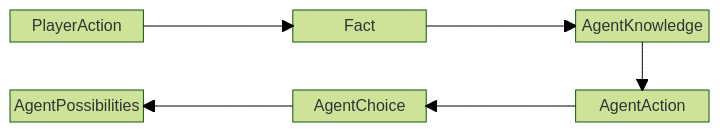
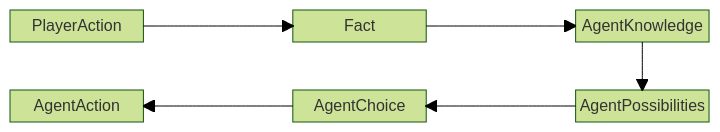
The diagram in docs/deep-lore.md (rchDev/game-of-points), drawn with Mermaid (forest theme) before and after one commit.

Commit message:
[docs]: add a bunch of stuff to deep-lore.md

````diff
--- a/docs/deep-lore.md
+++ b/docs/deep-lore.md
@@ -40,13 +40,13 @@
 ```mermaid
 block-beta
    columns 5
    A["PlayerAction"] space B["Fact"] space C["AgentKnowledge"]
    space space space space space
-   F["AgentPossibilities"] space E["AgentChoice"] space D["AgentAction"]
+   F["AgentAction"] space E["AgentChoice"] space D["AgentPossibilities"]
 
    A --> B
    B --> C
    C --> D
    D --> E
    E --> F
 ```
````
